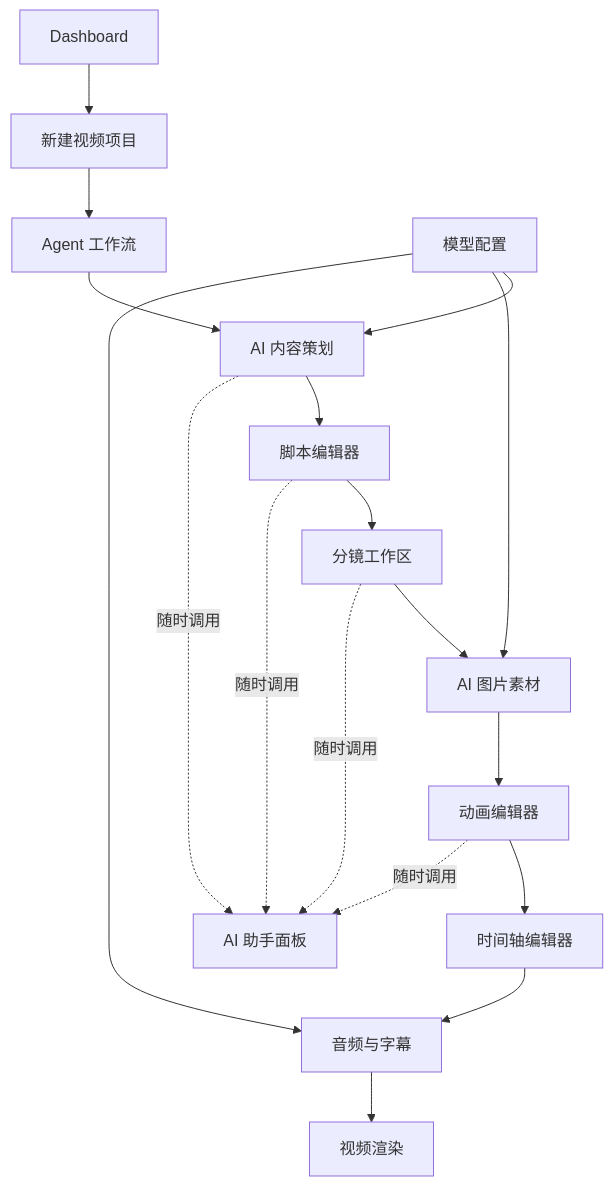
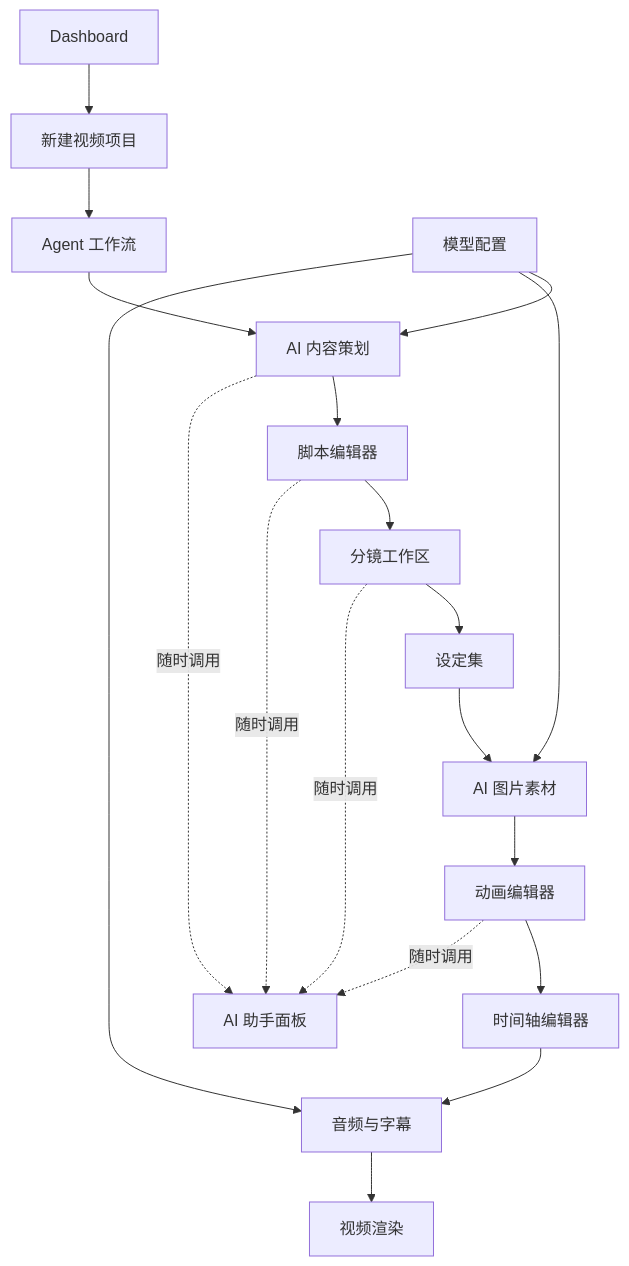
One commit to hadesgo/KnowMotion-AI-Studio changed the first of 2 diagrams in docs/UI_DESIGN.md. Above: the diagram before and after it, drawn with Mermaid. The commit also changed other lines of this file and 19 other files, not shown here.

Commit message:
feat: 实现角色一致性、场景一致性、参考图管理

````diff
--- a/docs/UI_DESIGN.md
+++ b/docs/UI_DESIGN.md
@@ -61,20 +61,21 @@
 ```mermaid
 flowchart TD
     D[Dashboard] --> N[新建视频项目]
     N --> W[Agent 工作流]
     W --> P[AI 内容策划]
     P --> S[脚本编辑器]
     S --> B[分镜工作区]
-    B --> I[AI 图片素材]
+    B --> C[设定集]
+    C --> I[AI 图片素材]
     I --> A[动画编辑器]
     A --> T[时间轴编辑器]
     T --> U[音频与字幕]
     U --> R[视频渲染]
     P -. 随时调用 .-> H[AI 助手面板]
     S -. 随时调用 .-> H
     B -. 随时调用 .-> H
     A -. 随时调用 .-> H
     G[模型配置] --> P
     G --> I
     G --> U
 ```
````
